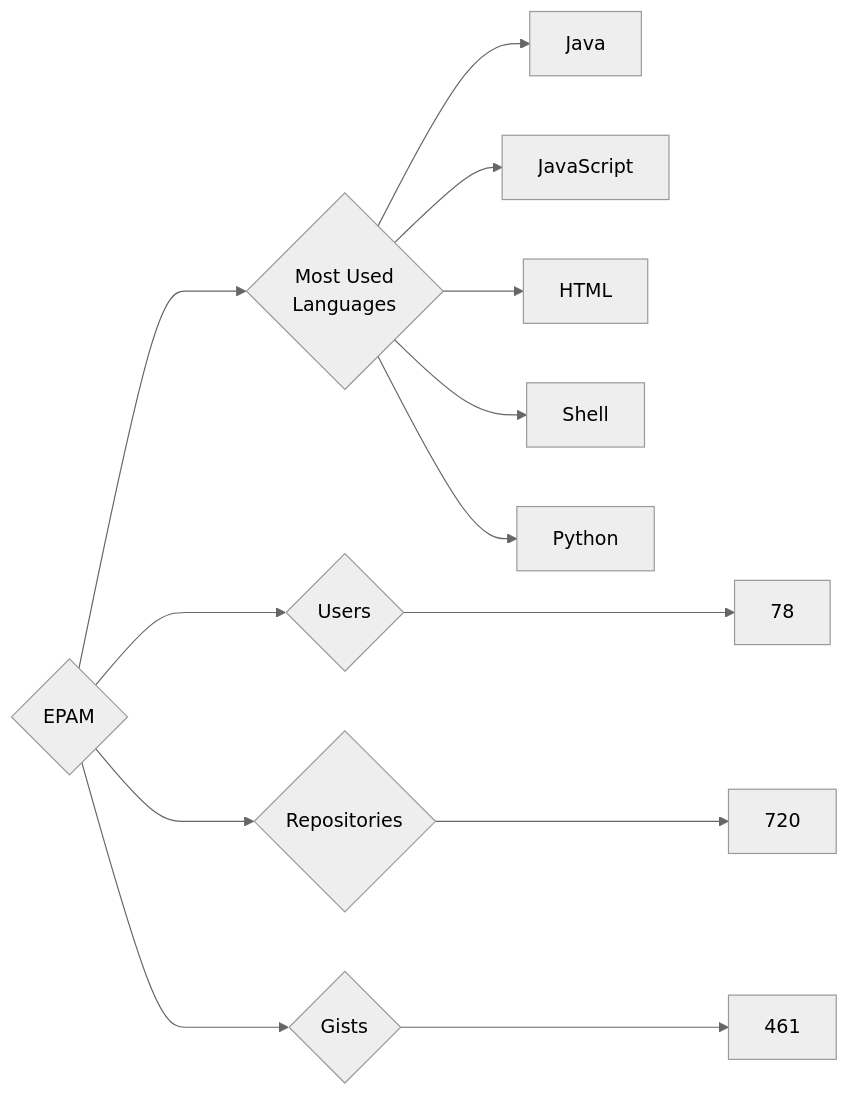
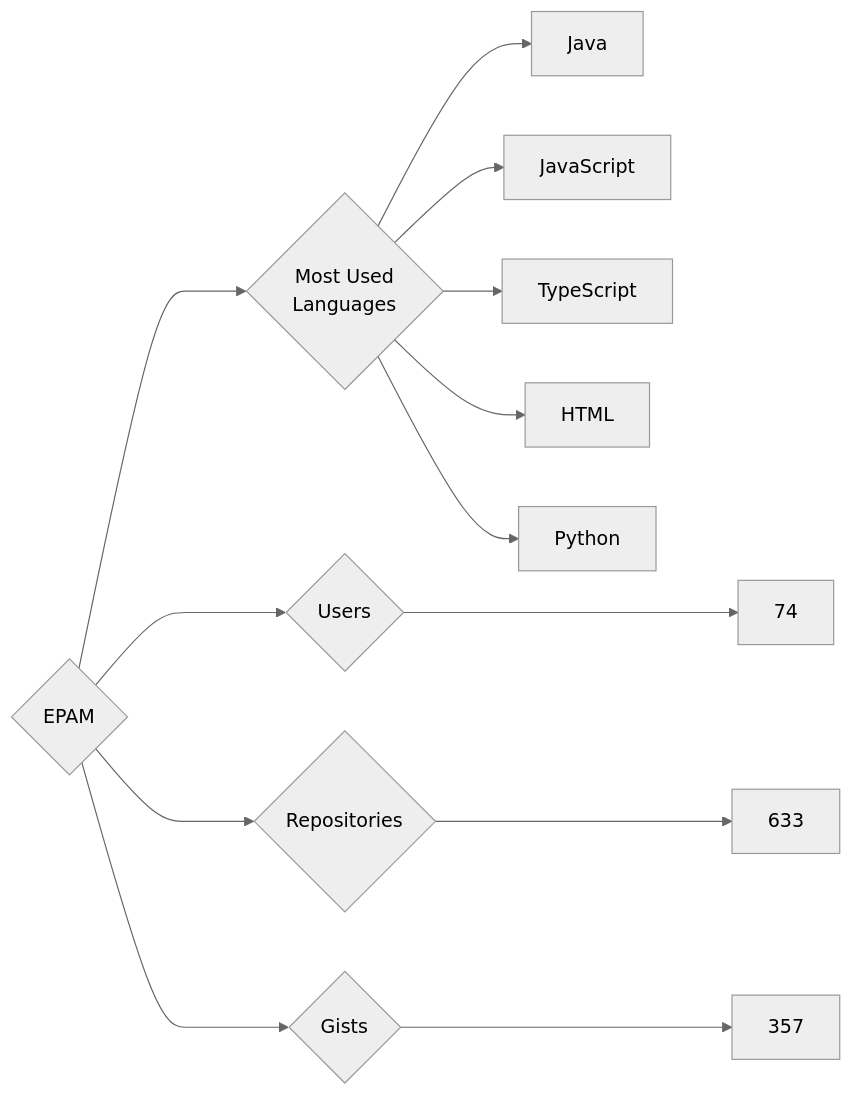
One commit to trickest/insiders changed the diagram in targets/EPAM/README.md. Above: the diagram before and after it, drawn with Mermaid (neutral theme). The commit also changed 633 other files, not shown here.

````diff
--- a/targets/EPAM/README.md
+++ b/targets/EPAM/README.md
@@ -3,13 +3,13 @@
 ```mermaid
 graph LR
 COMPANY_NAME{EPAM}
-COMPANY_NAME ---> U{Users} ---> UN[78]
-COMPANY_NAME ---> R{Repositories} ---> RN[720]
-COMPANY_NAME ---> G{Gists} ---> GN[461]
+COMPANY_NAME ---> U{Users} ---> UN[74]
+COMPANY_NAME ---> R{Repositories} ---> RN[633]
+COMPANY_NAME ---> G{Gists} ---> GN[357]
 COMPANY_NAME ---> ML{Most Used<br>Languages}
 ML --> Java[Java]
 ML --> JavaScript[JavaScript]
+ML --> TypeScript[TypeScript]
 ML --> HTML[HTML]
-ML --> Shell[Shell]
 ML --> Python[Python]
 ```
````
